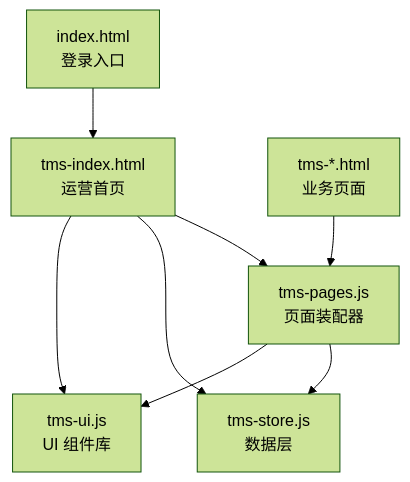
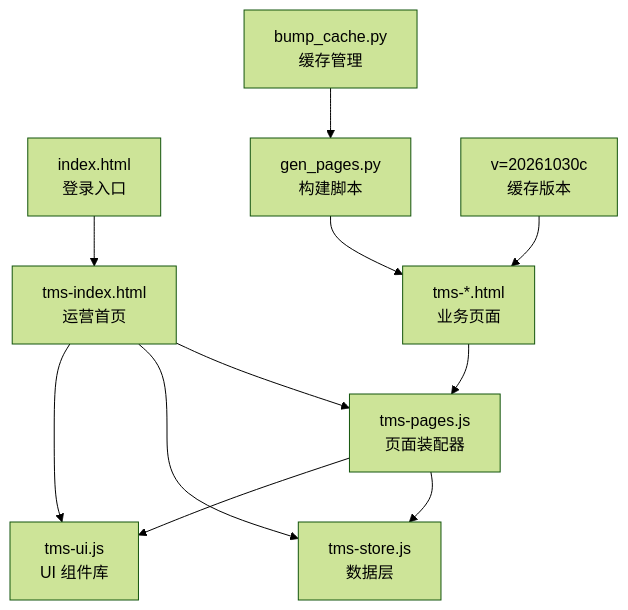
Before and after one commit to PengLine/blog-tms: the first of 8 diagrams in .qoder/repowiki/zh/content/开发指南/新功能开发/页面开发流程/页面开发流程.md, drawn with Mermaid (forest theme). The commit also changed other lines of this file and 119 other files, not shown here.

````diff
--- a/.qoder/repowiki/zh/content/开发指南/新功能开发/页面开发流程/页面开发流程.md
+++ b/.qoder/repowiki/zh/content/开发指南/新功能开发/页面开发流程/页面开发流程.md
@@ -35,10 +47,13 @@
 ```mermaid
 graph TB
 A["index.html<br/>登录入口"] --> B["tms-index.html<br/>运营首页"]
 B --> C["tms-ui.js<br/>UI 组件库"]
 B --> D["tms-store.js<br/>数据层"]
 B --> E["tms-pages.js<br/>页面装配器"]
 F["tms-*.html<br/>业务页面"] --> E
 E --> C
 E --> D
+G["gen_pages.py<br/>构建脚本"] --> F
+H["bump_cache.py<br/>缓存管理"] --> G
+I["v=20261030c<br/>缓存版本"] --> F
 ```
````
